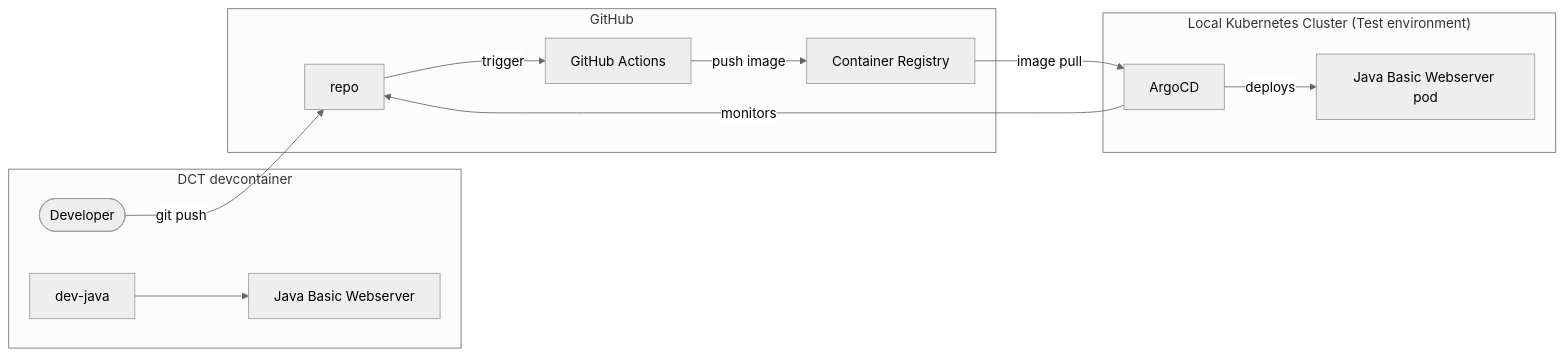
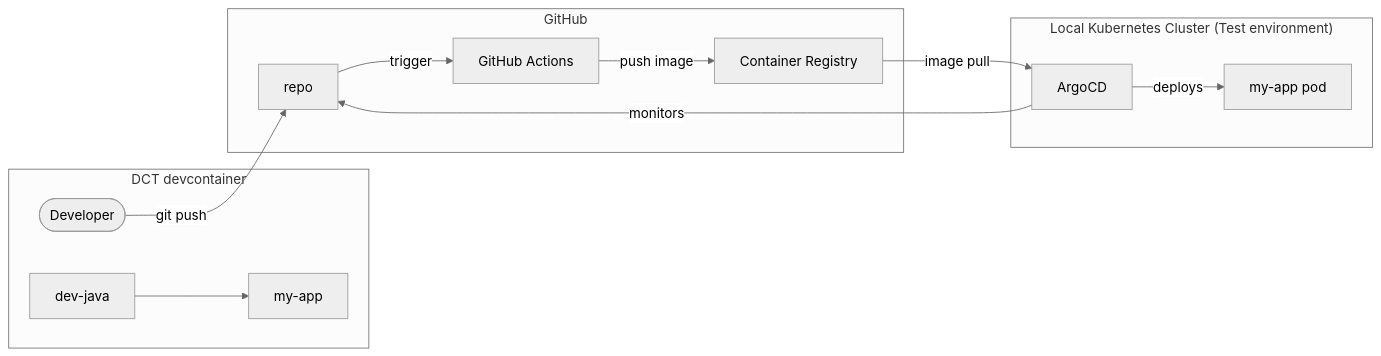
One commit to helpers-no/dev-templates changed the diagram in website/docs/templates/basic-web-server/java-basic-webserver.mdx. Above: the diagram before and after it, drawn with Mermaid (neutral theme). The commit also changed other lines of this file and 33 other files, not shown here.

First line of the commit message:
Schema cleanup: kill summary, split quickstart, add params/prerequisites/abstracts

````diff
--- a/website/docs/templates/basic-web-server/java-basic-webserver.mdx
+++ b/website/docs/templates/basic-web-server/java-basic-webserver.mdx
@@ -44,25 +44,25 @@
 ```mermaid
 flowchart LR
     subgraph dct["DCT devcontainer"]
         dev(["Developer"])
         dev_java["dev-java"]
-        app["Java Basic Webserver"]
+        app["my-app"]
     end
     subgraph k8s["Local Kubernetes Cluster (Test environment)"]
         argo["ArgoCD"]
-        pod["Java Basic Webserver pod"]
+        pod["my-app pod"]
     end
     subgraph gh["GitHub"]
         repo["repo"]
         actions["GitHub Actions"]
         ghcr["Container Registry"]
     end
 
     dev_java --> app
     dev -->|git push| repo
     repo -->|trigger| actions
     actions -->|push image| ghcr
     argo -->|monitors| repo
     ghcr -->|image pull| argo
     argo -->|deploys| pod
 ```
````
